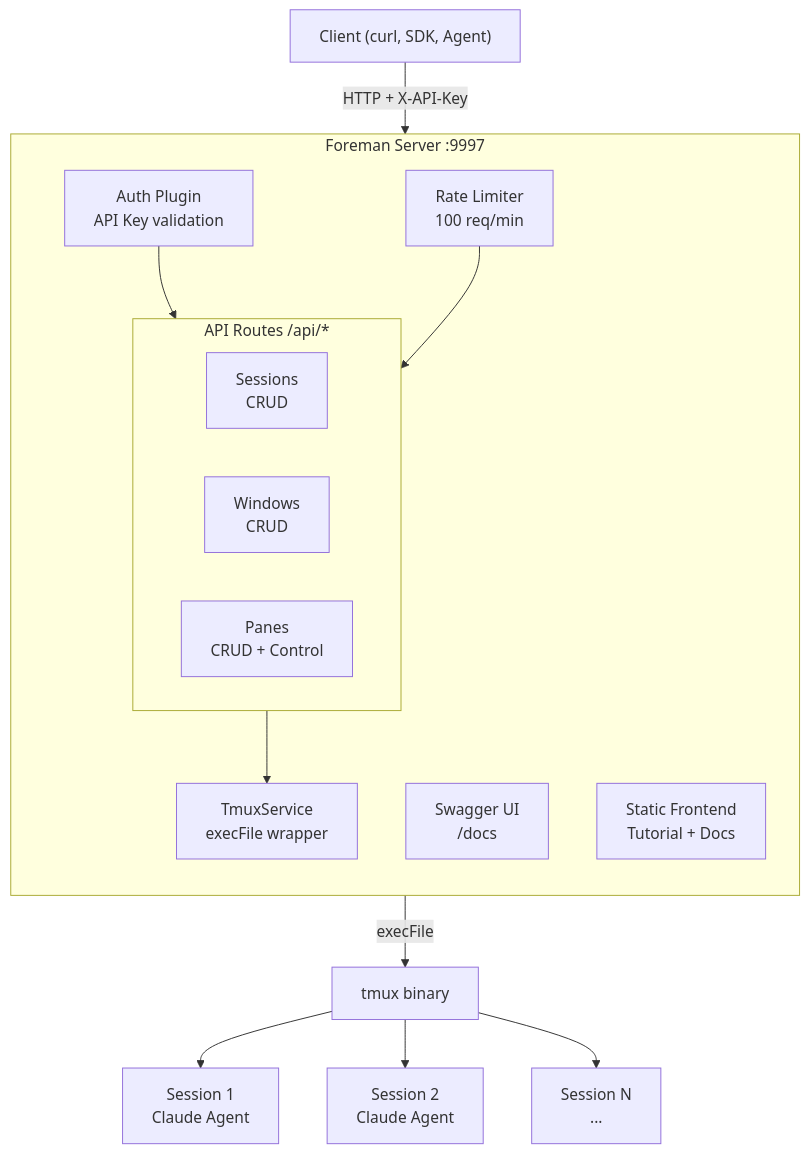
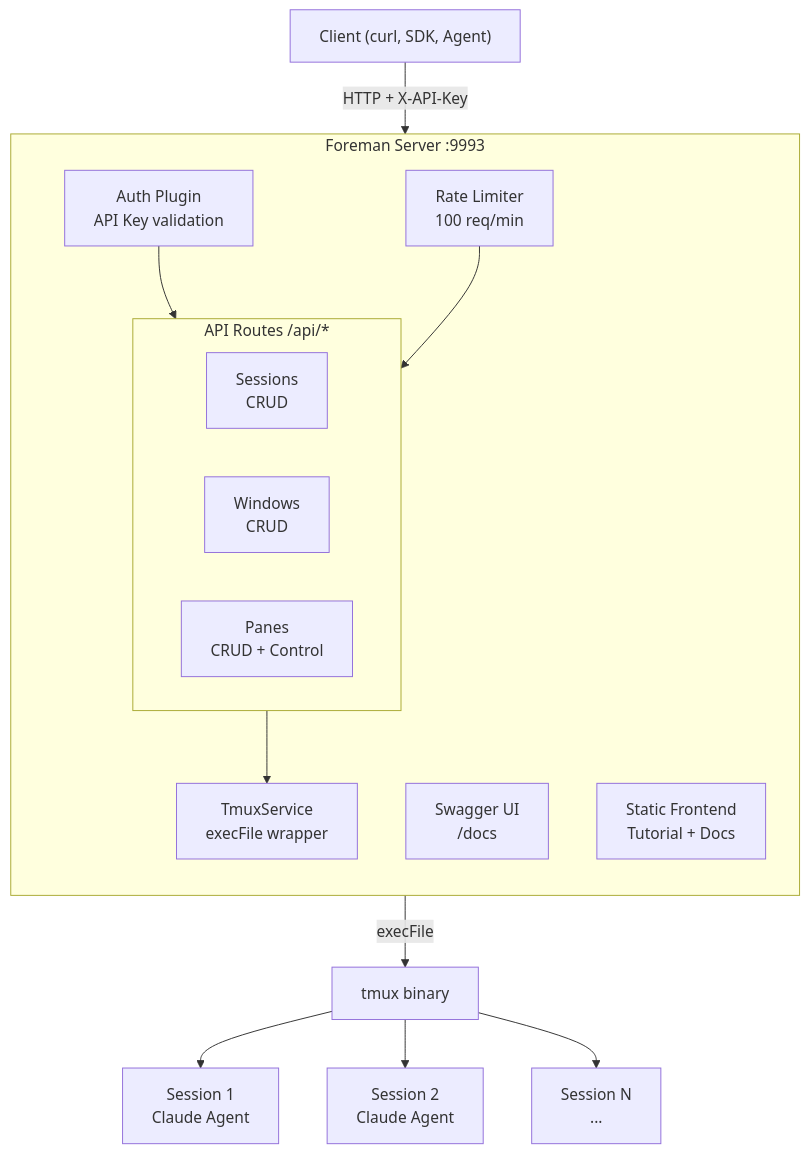
One commit to onchainyaotoshi/tmux-api changed the first of 3 diagrams in README.md. Above: the diagram before and after it, drawn with Mermaid. The commit also changed other lines of this file and 5 other files, not shown here.

````diff
--- a/README.md
+++ b/README.md
@@ -7,29 +7,29 @@
 ```mermaid
 graph TB
     Client["Client (curl, SDK, Agent)"] -->|HTTP + X-API-Key| Foreman
 
-    subgraph Foreman["Foreman Server :9997"]
+    subgraph Foreman["Foreman Server :9993"]
         direction TB
         Auth["Auth Plugin<br/>API Key validation"]
         Swagger["Swagger UI<br/>/docs"]
         RateLimit["Rate Limiter<br/>100 req/min"]
 
         subgraph Routes["API Routes /api/*"]
             Sessions["Sessions<br/>CRUD"]
             Windows["Windows<br/>CRUD"]
             Panes["Panes<br/>CRUD + Control"]
         end
 
         Service["TmuxService<br/>execFile wrapper"]
         Static["Static Frontend<br/>Tutorial + Docs"]
     end
 
     Service -->|execFile| Tmux["tmux binary"]
     Tmux --> Terminal1["Session 1<br/>Claude Agent"]
     Tmux --> Terminal2["Session 2<br/>Claude Agent"]
     Tmux --> Terminal3["Session N<br/>..."]
 
     Auth --> Routes
     RateLimit --> Routes
     Routes --> Service
 ```
````
